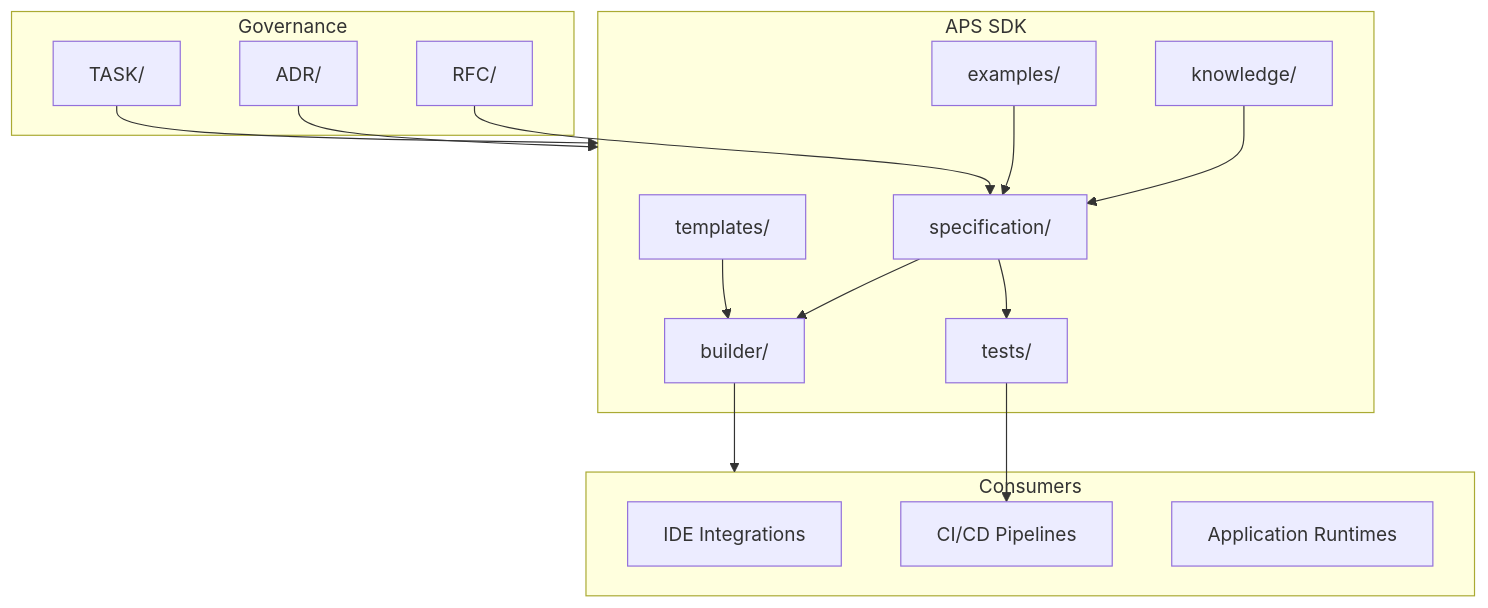
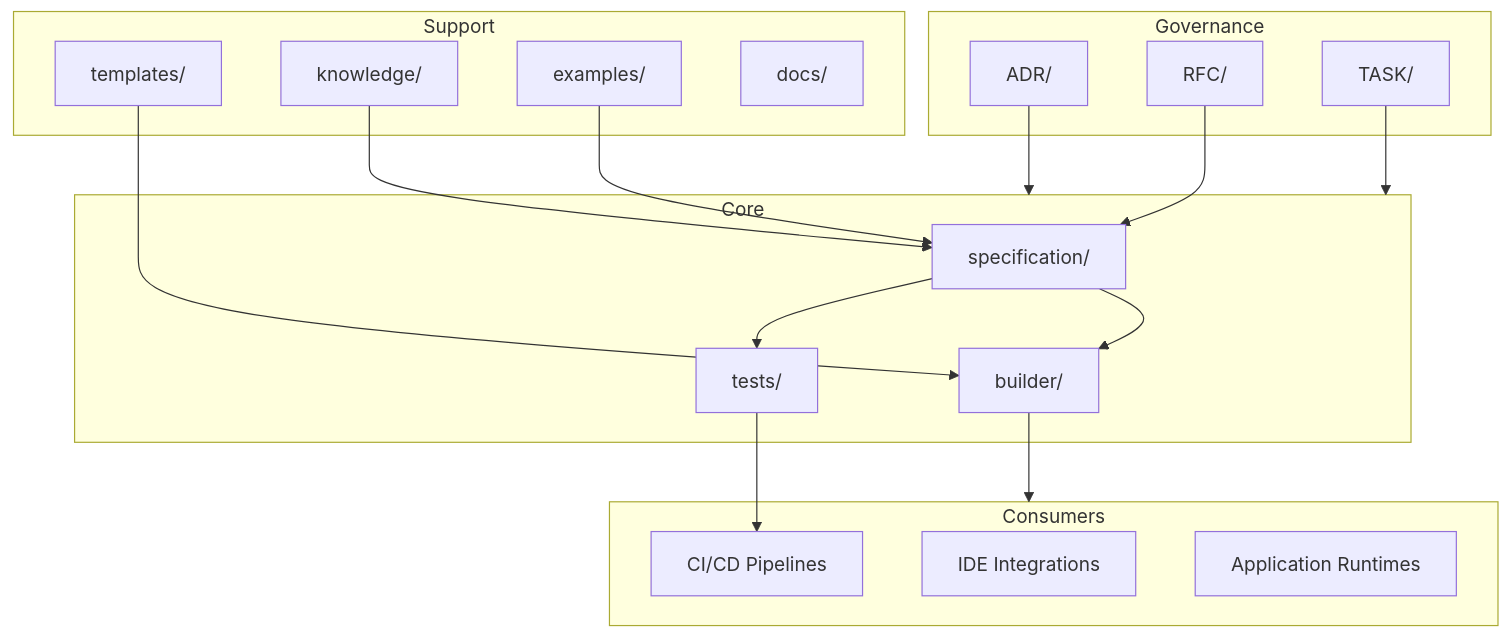
The diagram in ARCHITECTURE.md (majormguarde/aps), drawn with Mermaid before and after one commit. The commit also changed other lines of this file and 14 other files, not shown here.

Commit message:
docs: complete APS SDK foundation (TASK-0002)

````diff
--- a/ARCHITECTURE.md
+++ b/ARCHITECTURE.md
@@ -15,34 +33,38 @@
 ```mermaid
 flowchart TB
+    subgraph governance [Governance]
+        ADR[ADR/]
+        RFC[RFC/]
+        TASK[TASK/]
+    end
+
+    subgraph core [Core]
+        Spec[specification/]
+        Builder[builder/]
+        Tests[tests/]
+    end
+
+    subgraph support [Support]
+        Templates[templates/]
+        Knowledge[knowledge/]
+        Examples[examples/]
+        Docs[docs/]
+    end
+
     subgraph consumers [Consumers]
         IDE[IDE Integrations]
         CI[CI/CD Pipelines]
         Apps[Application Runtimes]
     end
 
-    subgraph sdk [APS SDK]
-        Spec[specification/]
-        Builder[builder/]
-        Templates[templates/]
-        Knowledge[knowledge/]
-        Examples[examples/]
-        Tests[tests/]
-    end
-
-    subgraph governance [Governance]
-        RFC[RFC/]
-        ADR[ADR/]
-        Task[TASK/]
-    end
-
+    RFC --> Spec
+    ADR --> core
+    TASK --> core
     Spec --> Builder
     Spec --> Tests
     Templates --> Builder
     Knowledge --> Spec
     Examples --> Spec
-    RFC --> Spec
-    ADR --> sdk
-    Task --> sdk
     Builder --> consumers
     Tests --> CI
 ```
````
